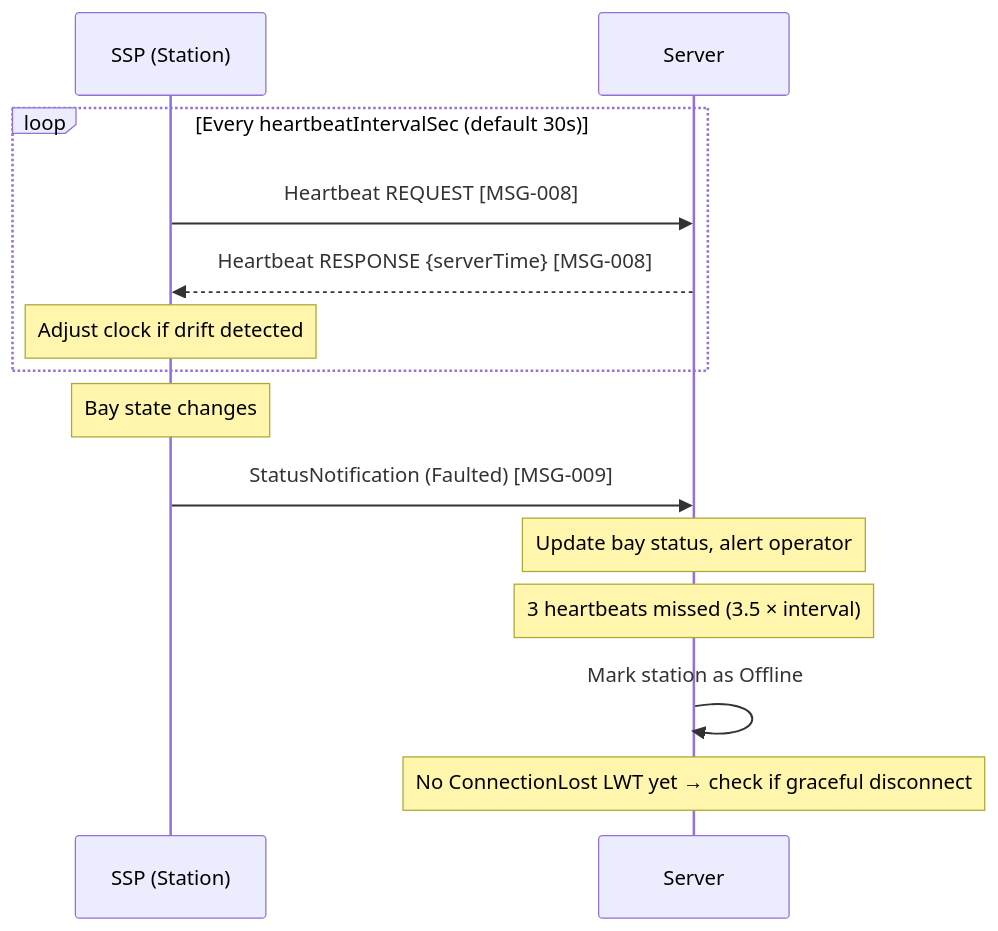
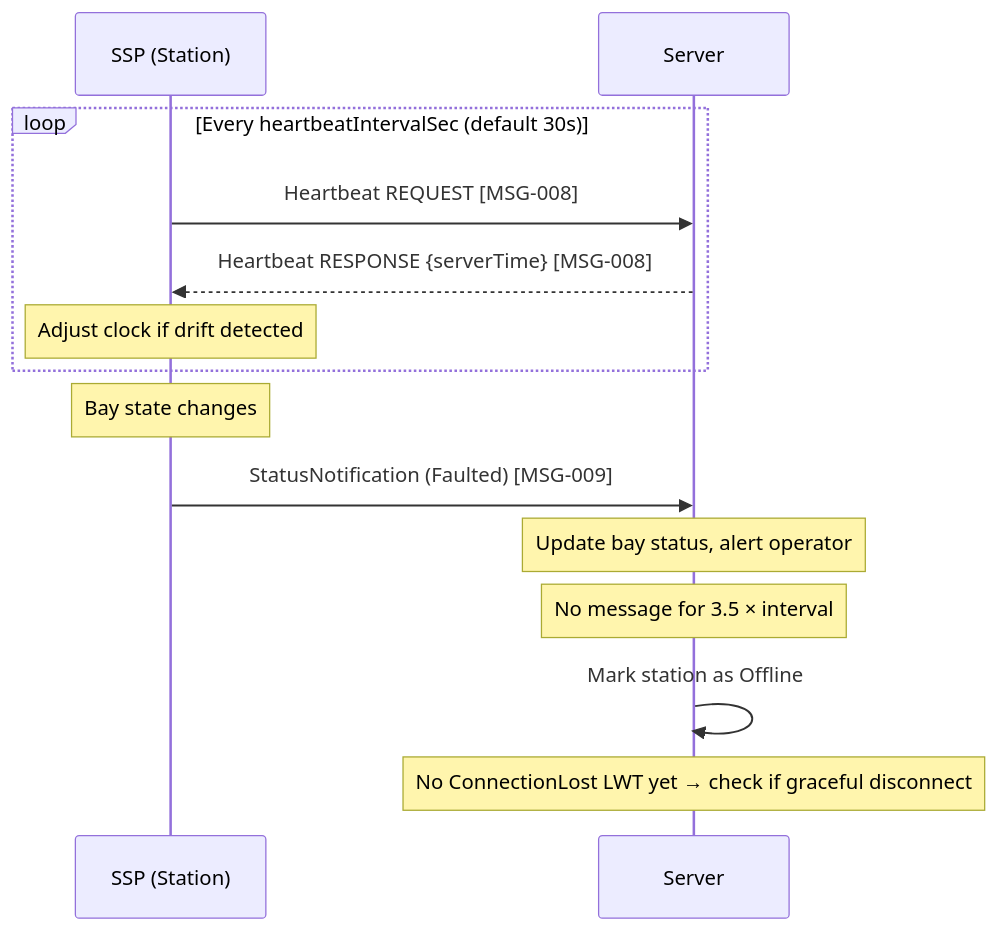
Before and after one commit to ospp-org/spec: the tenth of 19 diagrams in spec/04-flows.md, drawn with Mermaid. The commit also changed other lines of this file and 19 other files, not shown here.

````diff
--- a/spec/04-flows.md
+++ b/spec/04-flows.md
@@ -1307,21 +1308,21 @@
 ```mermaid
 sequenceDiagram
     participant SSP as SSP (Station)
     participant Server
 
     loop Every heartbeatIntervalSec (default 30s)
         SSP->>Server: Heartbeat REQUEST [MSG-008]
         Server-->>SSP: Heartbeat RESPONSE {serverTime} [MSG-008]
         Note over SSP: Adjust clock if drift detected
     end
 
     Note over SSP: Bay state changes
 
     SSP->>Server: StatusNotification (Faulted) [MSG-009]
     Note over Server: Update bay status, alert operator
 
-    Note over Server: 3 heartbeats missed (3.5 × interval)
+    Note over Server: No message for 3.5 × interval
 
     Server->>Server: Mark station as Offline
     Note over Server: No ConnectionLost LWT yet → check if graceful disconnect
 ```
````
